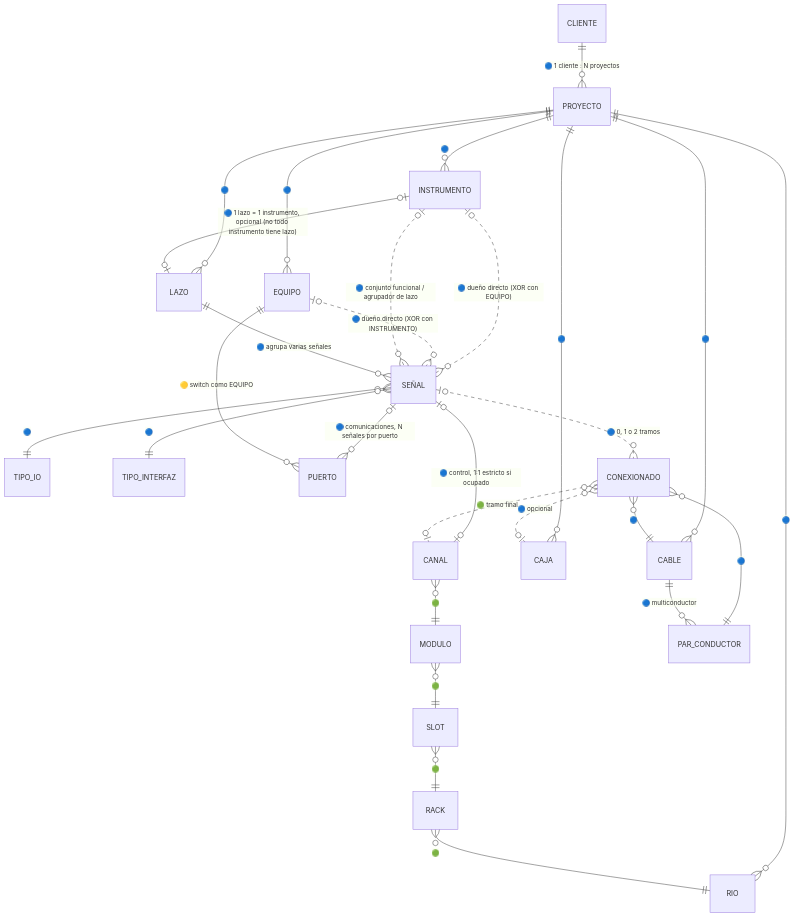
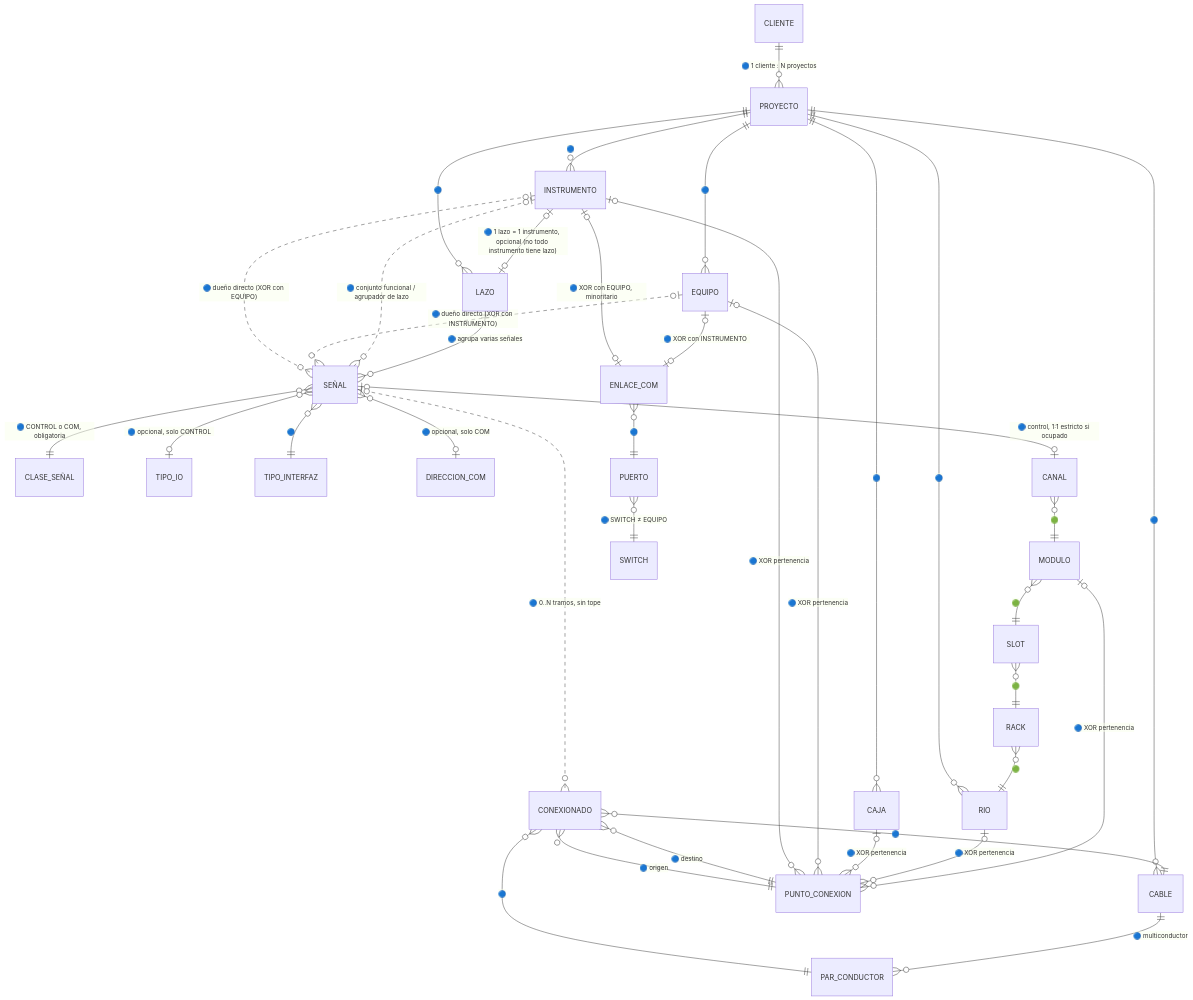
One commit to calebCastillo17/SIEI changed the diagram in docs/MODELO_CONCEPTUAL_SIEI.md. Above: the diagram before and after it, drawn with Mermaid. The commit also changed other lines of this file and 4 other files, not shown here.

Commit message:
Define initial SIEI database schema

````diff
--- a/docs/MODELO_CONCEPTUAL_SIEI.md
+++ b/docs/MODELO_CONCEPTUAL_SIEI.md
@@ -318,37 +374,46 @@
 ```mermaid
 erDiagram
     CLIENTE ||--o{ PROYECTO : "🔵 1 cliente : N proyectos"
 
     PROYECTO ||--o{ INSTRUMENTO : "🔵"
     PROYECTO ||--o{ EQUIPO : "🔵"
     PROYECTO ||--o{ RIO : "🔵"
     PROYECTO ||--o{ CABLE : "🔵"
     PROYECTO ||--o{ CAJA : "🔵"
     PROYECTO ||--o{ LAZO : "🔵"
 
     INSTRUMENTO |o..o{ SEÑAL : "🔵 dueño directo (XOR con EQUIPO)"
     EQUIPO |o..o{ SEÑAL : "🔵 dueño directo (XOR con INSTRUMENTO)"
     INSTRUMENTO |o..o{ SEÑAL : "🔵 conjunto funcional / agrupador de lazo"
     INSTRUMENTO |o--o| LAZO : "🔵 1 lazo = 1 instrumento, opcional (no todo instrumento tiene lazo)"
 
-    SEÑAL }o--|| TIPO_IO : "🔵"
+    SEÑAL }o--|| CLASE_SEÑAL : "🔵 CONTROL o COM, obligatoria"
+    SEÑAL }o--o| TIPO_IO : "🔵 opcional, solo CONTROL"
     SEÑAL }o--|| TIPO_INTERFAZ : "🔵"
+    SEÑAL }o--o| DIRECCION_COM : "🔵 opcional, solo COM"
 
     SEÑAL |o--o| CANAL : "🔵 control, 1:1 estricto si ocupado"
     CANAL }o--|| MODULO : "🟢"
     MODULO }o--|| SLOT : "🟢"
     SLOT }o--|| RACK : "🟢"
     RACK }o--|| RIO : "🟢"
 
-    SEÑAL |o--o{ PUERTO : "🔵 comunicaciones, N señales por puerto"
-    EQUIPO ||--o{ PUERTO : "🟡 switch como EQUIPO"
+    INSTRUMENTO |o--o| ENLACE_COM : "🔵 XOR con EQUIPO, minoritario"
+    EQUIPO |o--o| ENLACE_COM : "🔵 XOR con INSTRUMENTO"
+    ENLACE_COM }o--|| PUERTO : "🔵"
+    PUERTO }o--|| SWITCH : "🔵 SWITCH ≠ EQUIPO"
 
-    SEÑAL |o..o{ CONEXIONADO : "🔵 0, 1 o 2 tramos"
+    SEÑAL |o..o{ CONEXIONADO : "🔵 0..N tramos, sin tope"
     CONEXIONADO }o--|| CABLE : "🔵"
     CONEXIONADO }o--|| PAR_CONDUCTOR : "🔵"
-    CONEXIONADO }o..o| CAJA : "🔵 opcional"
-    CONEXIONADO }o..o| CANAL : "🟢 tramo final"
+    CONEXIONADO }o--|| PUNTO_CONEXION : "🔵 origen"
+    CONEXIONADO }o--|| PUNTO_CONEXION : "🔵 destino"
+    INSTRUMENTO |o--o{ PUNTO_CONEXION : "🔵 XOR pertenencia"
+    EQUIPO |o--o{ PUNTO_CONEXION : "🔵 XOR pertenencia"
+    CAJA |o--o{ PUNTO_CONEXION : "🔵 XOR pertenencia"
+    RIO |o--o{ PUNTO_CONEXION : "🔵 XOR pertenencia"
+    MODULO |o--o{ PUNTO_CONEXION : "🔵 XOR pertenencia"
     CABLE ||--o{ PAR_CONDUCTOR : "🔵 multiconductor"
 
     LAZO ||--o{ SEÑAL : "🔵 agrupa varias señales"
 ```
````
